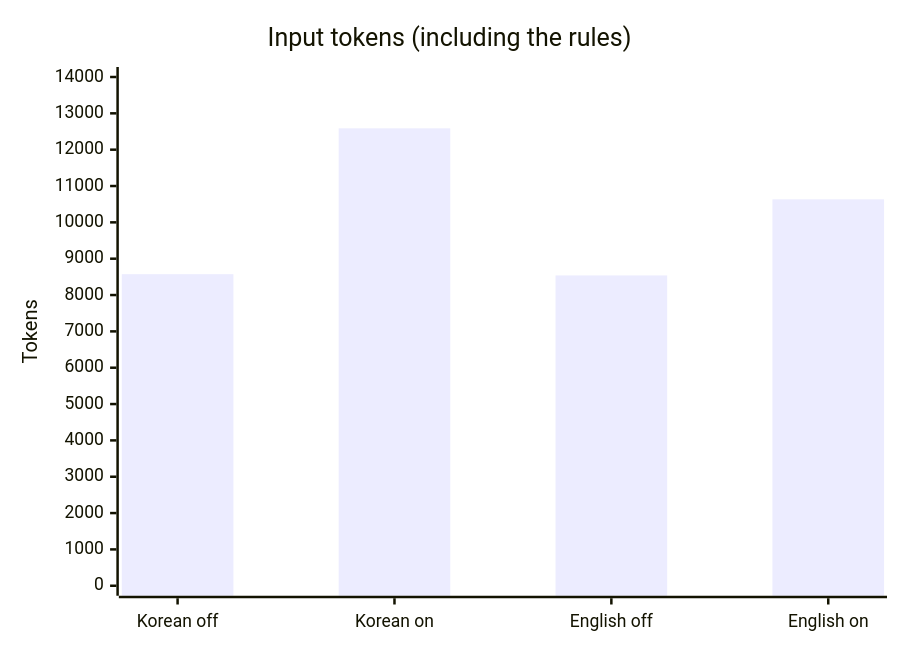
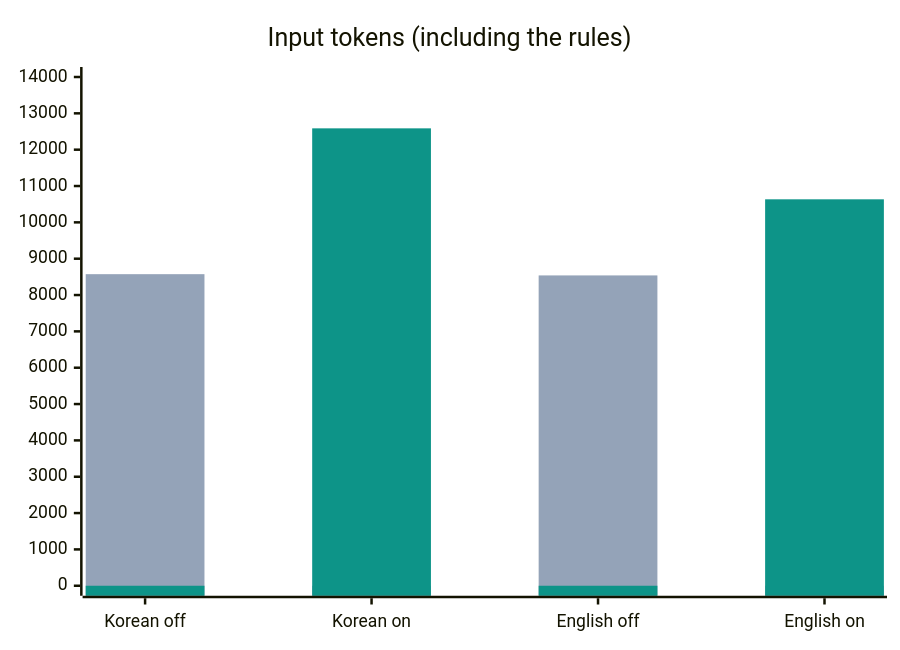
One commit to evelynn/get-to-it changed the second of 2 diagrams in README.md. Above: the diagram before and after it, drawn with Mermaid. The commit also changed other lines of this file and 2 other files, not shown here.

Commit message:
karin: 토큰 그래프의 끔·켬 막대 색 구분과 깨지는 세로축 제목 제거
- 끔은 회색, 켬은 청록으로 표시(mermaid plotColorPalette)
- 회전된 한글 세로축 제목이 깨져 보여 제거
- 브라우저 확인 도구가 만든 로컬 폴더(.gstack/)를 git 제외에 추가

````diff
--- a/README.md
+++ b/README.md
@@ -30,7 +32,9 @@
 ```mermaid
+%%{init: {"themeVariables": {"xyChart": {"plotColorPalette": "#94a3b8, #0d9488"}}}}%%
 xychart-beta
     title "Input tokens (including the rules)"
     x-axis ["Korean off", "Korean on", "English off", "English on"]
-    y-axis "Tokens" 0 --> 14000
-    bar [8574, 12587, 8540, 10634]
+    y-axis 0 --> 14000
+    bar [8574, 0, 8540, 0]
+    bar [0, 12587, 0, 10634]
 ```
````
